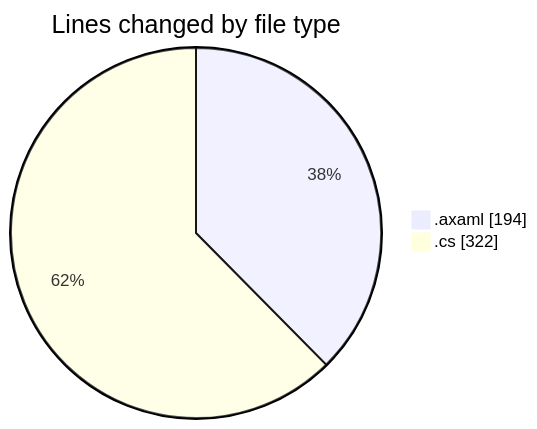
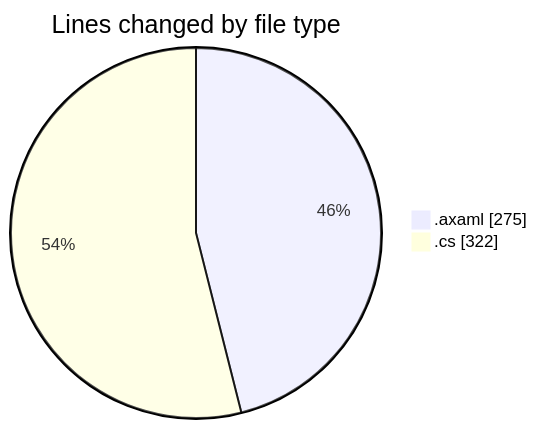
One commit to Netris89/code-tracking changed the first of 2 diagrams in 2025-10-30/skintrack/README.md. Above: the diagram before and after it, drawn with Mermaid. The commit also changed other lines of this file and 1 other file, not shown here.

````diff
--- a/2025-10-30/skintrack/README.md
+++ b/2025-10-30/skintrack/README.md
@@ -28,6 +29,6 @@
 ```mermaid
 pie showData
 title Lines changed by file type
-".axaml" : 194
+".axaml" : 275
 ".cs" : 322
 ```
````
